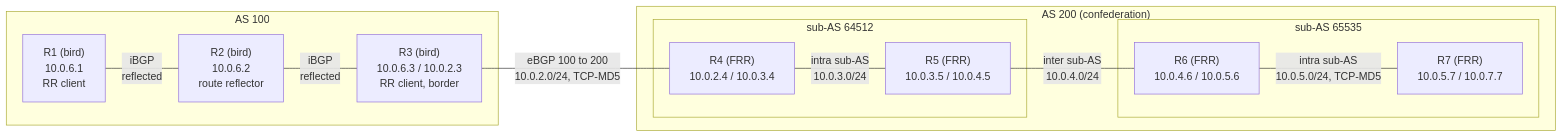
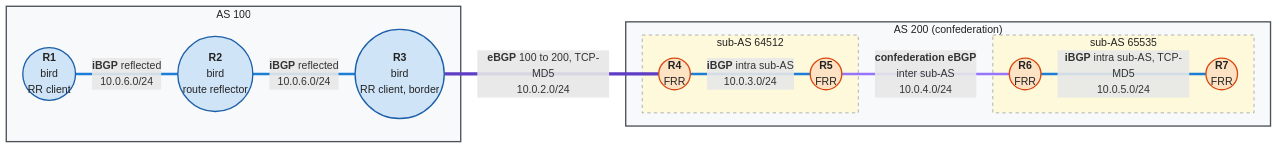
The diagram in docs/documentation/examples/bgp-route-reflector-and-confederation-using-frr-and-bird.md (ocochard/bsdrp-website), drawn with Mermaid before and after one commit. The commit also changed other lines of this file and 6 other files, not shown here.

First line of the commit message:
examples: one mermaid style for every lab diagram

````diff
--- a/docs/documentation/examples/bgp-route-reflector-and-confederation-using-frr-and-bird.md
+++ b/docs/documentation/examples/bgp-route-reflector-and-confederation-using-frr-and-bird.md
@@ -17,25 +17,40 @@
 ```mermaid
 flowchart LR
     subgraph AS100["AS 100"]
-        R1["R1 (bird)<br/>10.0.6.1<br/>RR client"]
-        R2["R2 (bird)<br/>10.0.6.2<br/>route reflector"]
-        R3["R3 (bird)<br/>10.0.6.3 / 10.0.2.3<br/>RR client, border"]
+        R1(("<b>R1</b><br/>bird<br/>RR client"))
+        R2(("<b>R2</b><br/>bird<br/>route reflector"))
+        R3(("<b>R3</b><br/>bird<br/>RR client, border"))
     end
     subgraph AS200["AS 200 (confederation)"]
         subgraph SUB1["sub-AS 64512"]
-            R4["R4 (FRR)<br/>10.0.2.4 / 10.0.3.4"]
-            R5["R5 (FRR)<br/>10.0.3.5 / 10.0.4.5"]
+            R4(("<b>R4</b><br/>FRR"))
+            R5(("<b>R5</b><br/>FRR"))
         end
         subgraph SUB2["sub-AS 65535"]
-            R6["R6 (FRR)<br/>10.0.4.6 / 10.0.5.6"]
-            R7["R7 (FRR)<br/>10.0.5.7 / 10.0.7.7"]
+            R6(("<b>R6</b><br/>FRR"))
+            R7(("<b>R7</b><br/>FRR"))
         end
     end
 
-    R1 ---|"iBGP<br/>reflected"| R2
-    R2 ---|"iBGP<br/>reflected"| R3
-    R3 ---|"eBGP 100 to 200<br/>10.0.2.0/24, TCP-MD5"| R4
-    R4 ---|"intra sub-AS<br/>10.0.3.0/24"| R5
-    R5 ---|"inter sub-AS<br/>10.0.4.0/24"| R6
-    R6 ---|"intra sub-AS<br/>10.0.5.0/24, TCP-MD5"| R7
+    R1 ---|"<b>iBGP</b> reflected<br/>10.0.6.0/24"| R2
+    R2 ---|"<b>iBGP</b> reflected<br/>10.0.6.0/24"| R3
+    R3 ---|"<b>eBGP</b> 100 to 200, TCP-MD5<br/>10.0.2.0/24"| R4
+    R4 ---|"<b>iBGP</b> intra sub-AS<br/>10.0.3.0/24"| R5
+    R5 ---|"<b>confederation eBGP</b><br/>inter sub-AS<br/>10.0.4.0/24"| R6
+    R6 ---|"<b>iBGP</b> intra sub-AS, TCP-MD5<br/>10.0.5.0/24"| R7
+
+    classDef frr fill:#fde2c4,stroke:#d9480f,stroke-width:2px,color:#222
+    classDef bird fill:#d0e4f7,stroke:#1c5fa8,stroke-width:2px,color:#222
+    classDef router fill:#ffe3e3,stroke:#c92a2a,stroke-width:2px,color:#222
+    classDef host fill:#e9ecef,stroke:#6c757d,stroke-width:2px,color:#222
+    class R1,R2,R3 bird
+    class R4,R5,R6,R7 frr
+    style AS100 fill:#f8f9fa,stroke:#495057,stroke-width:2px,color:#222
+    style AS200 fill:#f8f9fa,stroke:#495057,stroke-width:2px,color:#222
+    style SUB1 fill:#fff9db,stroke:#868e96,stroke-dasharray:5 5,color:#222
+    style SUB2 fill:#fff9db,stroke:#868e96,stroke-dasharray:5 5,color:#222
+
+    linkStyle 0,1,3,5 stroke:#1c7ed6,stroke-width:4px
+    linkStyle 2 stroke:#5f3dc4,stroke-width:5px
+    linkStyle 4 stroke:#9775fa,stroke-width:4px
 ```
````
